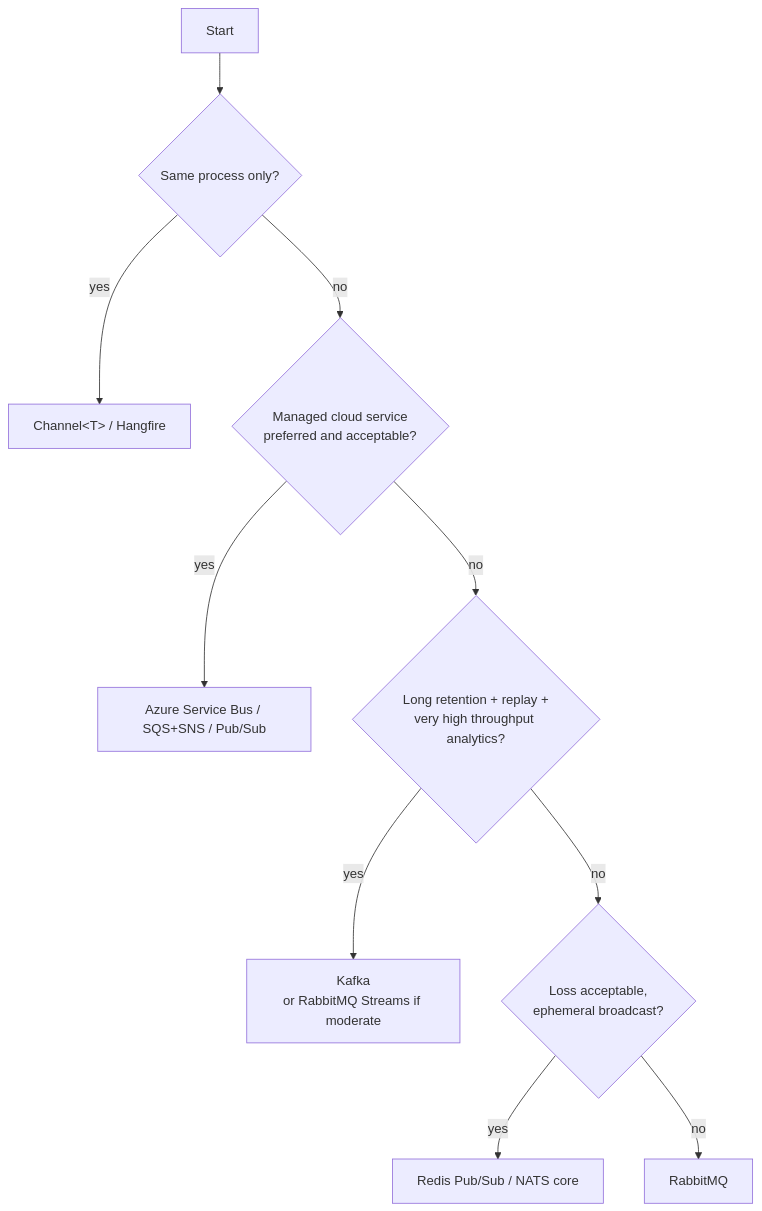
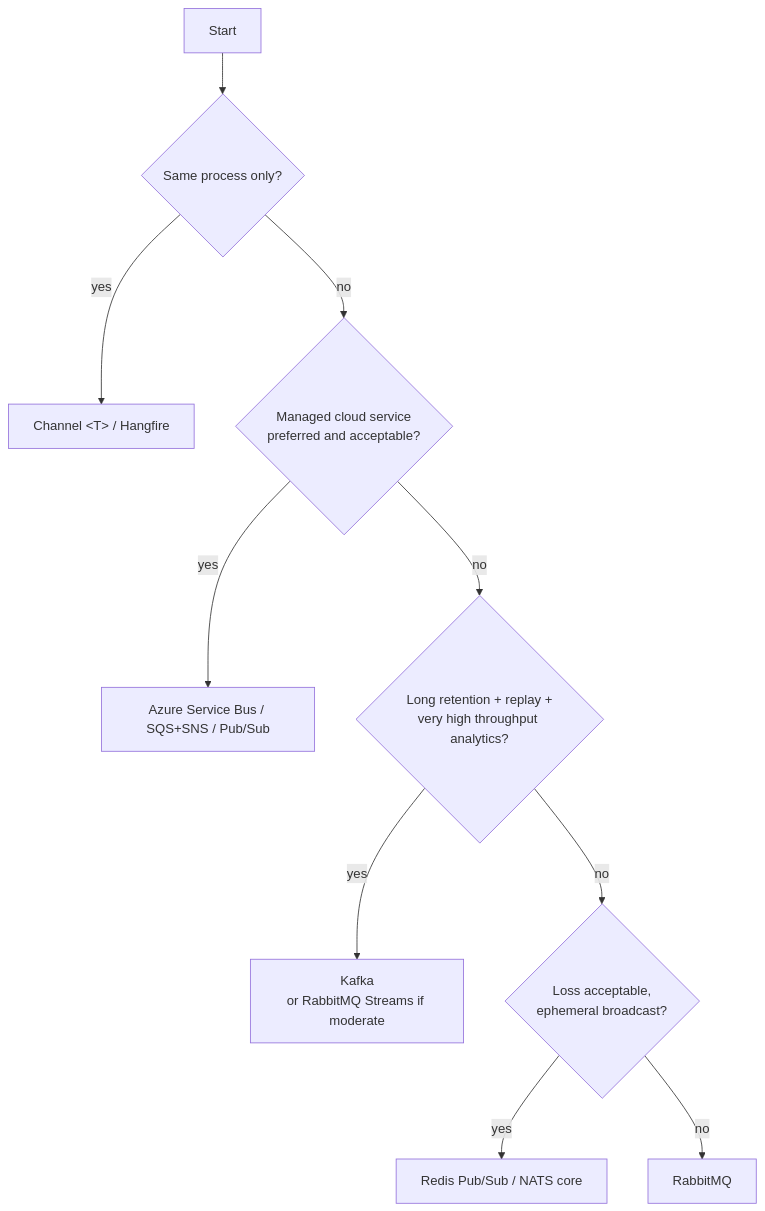
Before and after one commit to ahmedramzyelsheikh/RabbitMQ: the second of 2 diagrams in docs/12-rabbitmq-vs-others.md, drawn with Mermaid. The commit also changed 15 other files, not shown here.

Commit message:
Add a README per sample with diagrams, run commands and takeaways

````diff
--- a/docs/12-rabbitmq-vs-others.md
+++ b/docs/12-rabbitmq-vs-others.md
@@ -63,12 +63,12 @@
 ```mermaid
 flowchart TD
     S[Start] --> A{Same process only?}
-    A -- yes --> CH[Channel&lt;T&gt; / Hangfire]
+    A -- yes --> CH[Channel #lt;T#gt; / Hangfire]
     A -- no --> B{Managed cloud service<br/>preferred and acceptable?}
     B -- yes --> CL[Azure Service Bus / SQS+SNS / Pub/Sub]
     B -- no --> C{Long retention + replay +<br/>very high throughput analytics?}
     C -- yes --> KF[Kafka<br/>or RabbitMQ Streams if moderate]
     C -- no --> D{Loss acceptable,<br/>ephemeral broadcast?}
     D -- yes --> RD[Redis Pub/Sub / NATS core]
     D -- no --> RB[RabbitMQ]
 ```
````
